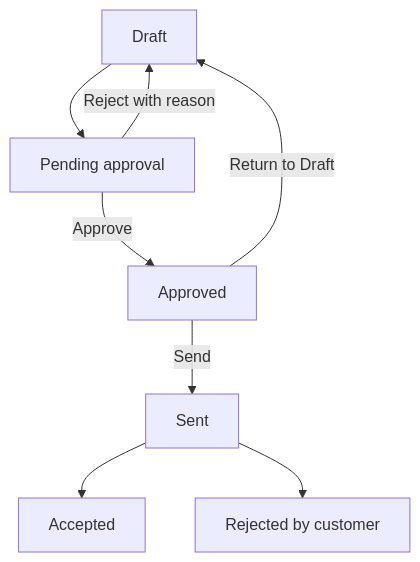
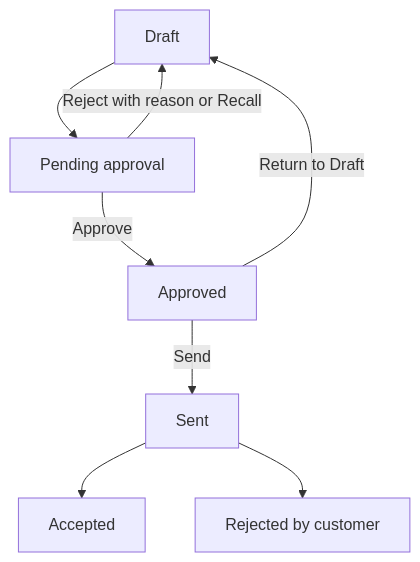
One commit to Super-ERP/crm-v2 changed the diagram in docs/gitbook-documentation/05-quotations-and-revisions.md. Above: the diagram before and after it, drawn with Mermaid. The commit also changed other lines of this file and 73 other files, not shown here.

````diff
--- a/docs/gitbook-documentation/05-quotations-and-revisions.md
+++ b/docs/gitbook-documentation/05-quotations-and-revisions.md
@@ -119,10 +129,10 @@
 ```mermaid
 flowchart TD
     D["Draft"] --> P["Pending approval"]
     P -->|"Approve"| A["Approved"]
-    P -->|"Reject with reason"| D
+    P -->|"Reject with reason or Recall"| D
     A -->|"Return to Draft"| D
     A -->|"Send"| S["Sent"]
     S --> C["Accepted"]
     S --> R["Rejected by customer"]
 ```
````
